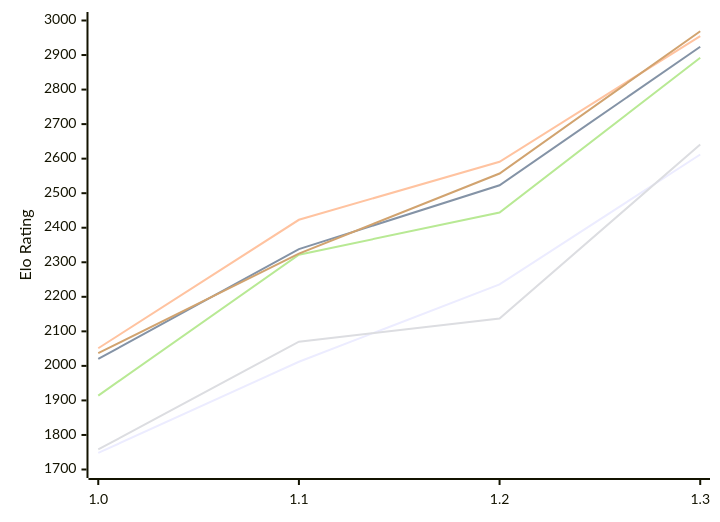
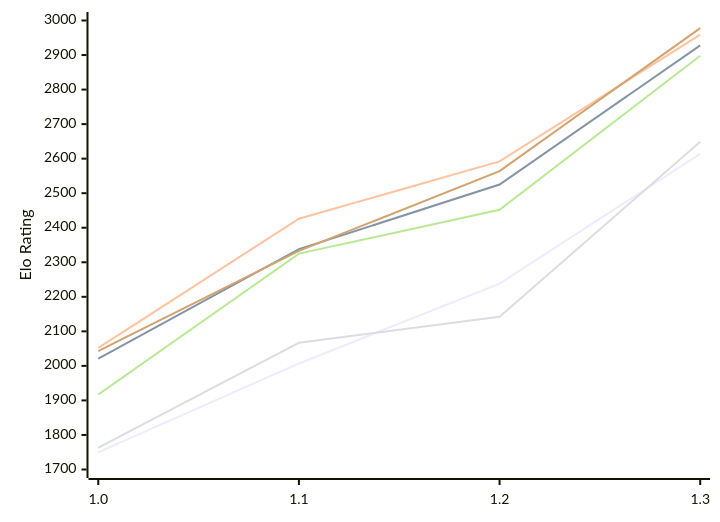
The first of 2 diagrams in engines/Echekinator.md (computer-chess-index/cci), drawn with Mermaid before and after one commit. The commit also changed other lines of this file, not shown here.

Commit message:
Update CCI Ratings (ELO VLTC) - 2026-11-25

````diff
--- a/engines/Echekinator.md
+++ b/engines/Echekinator.md
@@ -54,12 +54,12 @@
 ```mermaid
 %%{init: {"theme":"base","themeVariables":{"seriesColors:['#a3a3a3','#222221','#faa371']}}}%%
 xychart-beta
   x-axis ["1.0", "1.1", "1.2", "1.3"]
   y-axis "Elo Rating" 1700 --> 3000
-  line "E1: STC (8.0+0.08s)" [1748, 2012, 2236, 2612]
-  line "E1: LTC (60.0+0.60s)" [2020, 2338, 2523, 2924]
-  line "E1: VLTC (2m24s+1.12s)" [2051, 2423, 2591, 2955]
-  line "P1: STC (8.0+0.08s)" [1758, 2070, 2137, 2641]
-  line "P1: LTC (60.0+0.60s)" [1914, 2322, 2444, 2892]
-  line "P1: VLTC (2m24s+1.12s)" [2037, 2325, 2557, 2969]
+  line "E1: STC (8.0+0.08s)" [1750, 2007, 2238, 2614]
+  line "E1: LTC (60.0+0.60s)" [2021, 2338, 2525, 2928]
+  line "E1: VLTC (2m24s+1.12s)" [2052, 2426, 2592, 2959]
+  line "P1: STC (8.0+0.08s)" [1763, 2067, 2142, 2649]
+  line "P1: LTC (60.0+0.60s)" [1917, 2325, 2452, 2898]
+  line "P1: VLTC (2m24s+1.12s)" [2043, 2333, 2564, 2978]
 ```
````
